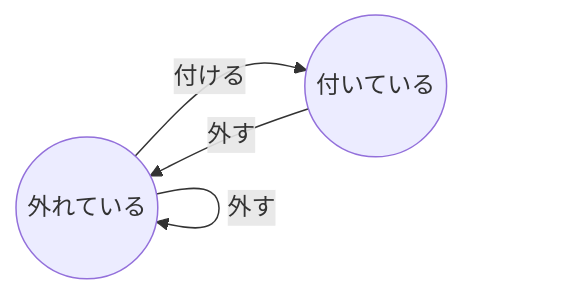
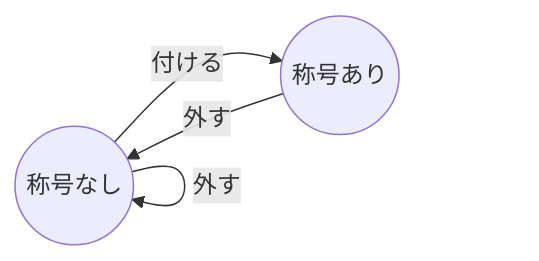
Before and after one commit to mymactive/my-articles: the first of 3 diagrams in articles/07535a9cdd4a62.md, drawn with Mermaid. The commit also changed other lines of this file, not shown here.

````diff
--- a/articles/07535a9cdd4a62.md
+++ b/articles/07535a9cdd4a62.md
@@ -61,6 +61,6 @@
 ```mermaid
 flowchart LR
-d((外れている)) -- 外す --> d((外れている))
-d((外れている)) -- 付ける --> a((付いている))
-a((付いている)) -- 外す --> d((外れている))
+d((称号なし)) -- 外す --> d((称号なし))
+d((称号なし)) -- 付ける --> a((称号あり))
+a((称号あり)) -- 外す --> d((称号なし))
 ```
````
